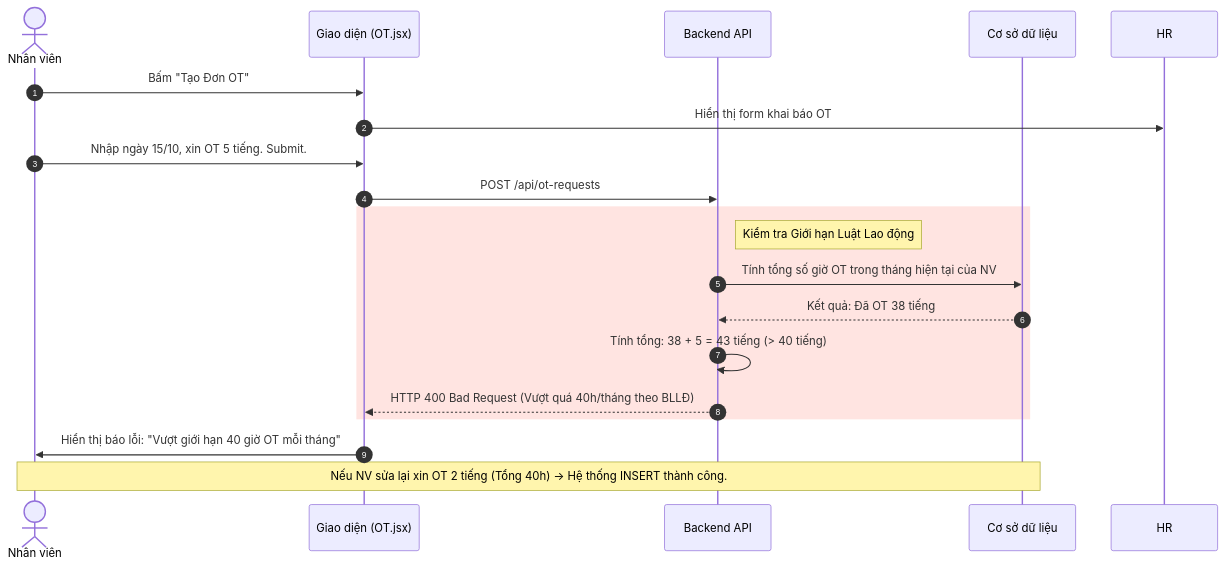
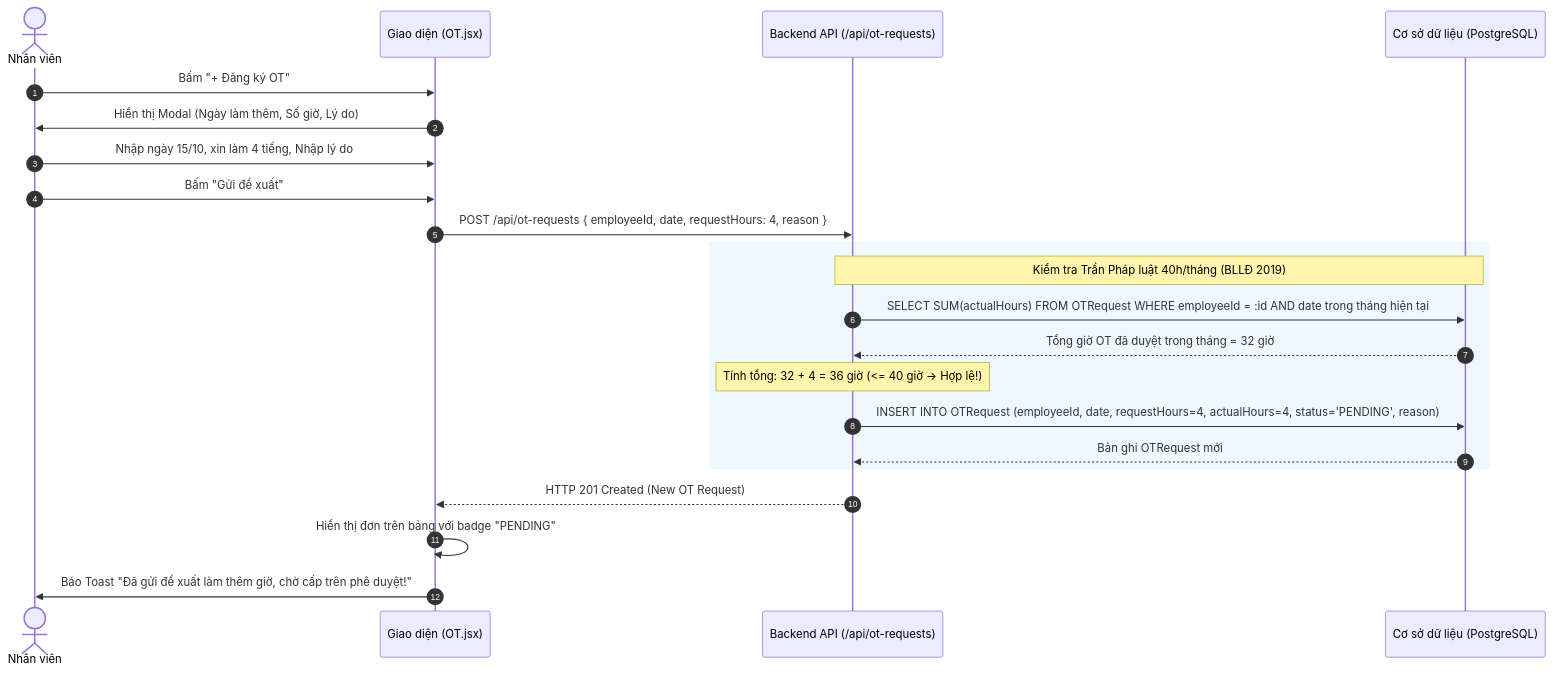
Before and after one commit to aye2710/HRM-DATN: the sixth of 7 diagrams in docs/Tài liệu phân tích nghiệp vụ từng module/Module Nghỉ phép và OT/Chuc-nang-OT.md, drawn with Mermaid. The commit also changed other lines of this file and 27 other files, not shown here.

````diff
--- a/docs/Tài liệu phân tích nghiệp vụ từng module/Module Nghỉ phép và OT/Chuc-nang-OT.md
+++ b/docs/Tài liệu phân tích nghiệp vụ từng module/Module Nghỉ phép và OT/Chuc-nang-OT.md
@@ -13,27 +231,30 @@
 ```mermaid
 sequenceDiagram
     autonumber
     actor NV as Nhân viên
     participant FE as Giao diện (OT.jsx)
-    participant BE as Backend API
-    participant DB as Cơ sở dữ liệu
+    participant BE as Backend API (/api/ot-requests)
+    participant DB as Cơ sở dữ liệu (PostgreSQL)
 
-    NV->>FE: Bấm "Tạo Đơn OT"
-    FE->>HR: Hiển thị form khai báo OT
-    NV->>FE: Nhập ngày 15/10, xin OT 5 tiếng. Submit.
+    NV->>FE: Bấm "+ Đăng ký OT"
+    FE->>NV: Hiển thị Modal (Ngày làm thêm, Số giờ, Lý do)
+    NV->>FE: Nhập ngày 15/10, xin làm 4 tiếng, Nhập lý do
+    NV->>FE: Bấm "Gửi đề xuất"
     
-    FE->>BE: POST /api/ot-requests
+    FE->>BE: POST /api/ot-requests { employeeId, date, requestHours: 4, reason }
     
-    rect rgb(255, 228, 225)
-        note right of BE: Kiểm tra Giới hạn Luật Lao động
-        BE->>DB: Tính tổng số giờ OT trong tháng hiện tại của NV
-        DB-->>BE: Kết quả: Đã OT 38 tiếng
+    rect rgb(240, 248, 255)
+        Note over BE, DB: Kiểm tra Trần Pháp luật 40h/tháng (BLLĐ 2019)
+        BE->>DB: SELECT SUM(actualHours) FROM OTRequest WHERE employeeId = :id AND date trong tháng hiện tại
+        DB-->>BE: Tổng giờ OT đã duyệt trong tháng = 32 giờ
         
-        BE->>BE: Tính tổng: 38 + 5 = 43 tiếng (> 40 tiếng)
-        BE-->>FE: HTTP 400 Bad Request (Vượt quá 40h/tháng theo BLLĐ)
+        Note over BE: Tính tổng: 32 + 4 = 36 giờ (<= 40 giờ -> Hợp lệ!)
+        
+        BE->>DB: INSERT INTO OTRequest (employeeId, date, requestHours=4, actualHours=4, status='PENDING', reason)
+        DB-->>BE: Bản ghi OTRequest mới
     end
     
-    FE->>NV: Hiển thị báo lỗi: "Vượt giới hạn 40 giờ OT mỗi tháng"
-    
-    note over NV, DB: Nếu NV sửa lại xin OT 2 tiếng (Tổng 40h) -> Hệ thống INSERT thành công.
+    BE-->>FE: HTTP 201 Created (New OT Request)
+    FE->>FE: Hiển thị đơn trên bảng với badge "PENDING"
+    FE->>NV: Báo Toast "Đã gửi đề xuất làm thêm giờ, chờ cấp trên phê duyệt!"
 ```
````
